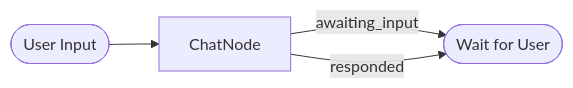
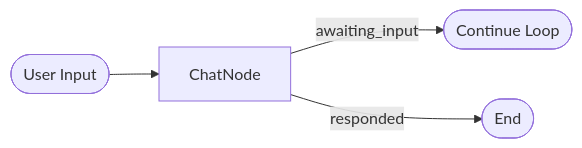
The diagram in examples/chat/README.md (artificial-sapience/clearflow), drawn with Mermaid before and after one commit. The commit also changed 5 other files, not shown here.

Commit message:
refactor: standardize README structures, enhance flow diagrams, and unify example configurations

````diff
--- a/examples/chat/README.md
+++ b/examples/chat/README.md
@@ -7,6 +7,6 @@
 ```mermaid
 graph LR
-    Start([User Input]) --> Chat[ChatNode]
-    Chat -->|awaiting_input| End([Wait for User])
-    Chat -->|responded| End
+    Start([User Input]) --> chat[ChatNode]
+    chat -->|awaiting_input| Continue([Continue Loop])
+    chat -->|responded| End([End])
 ```
````
